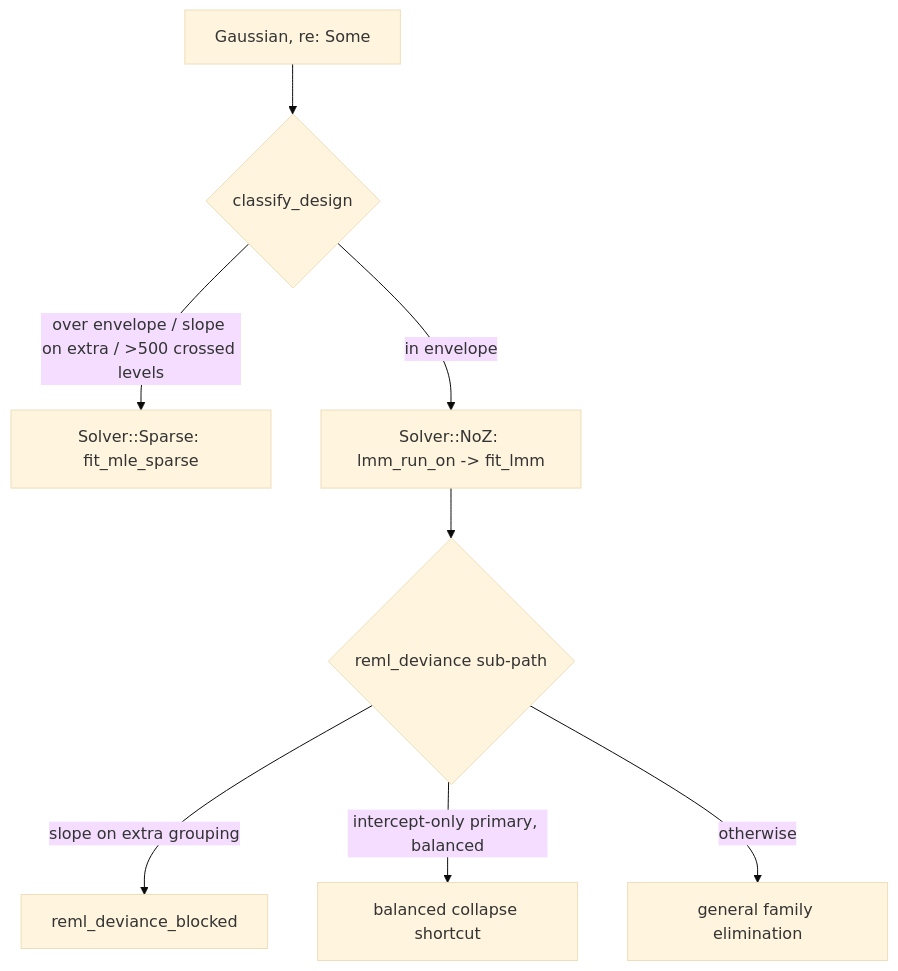
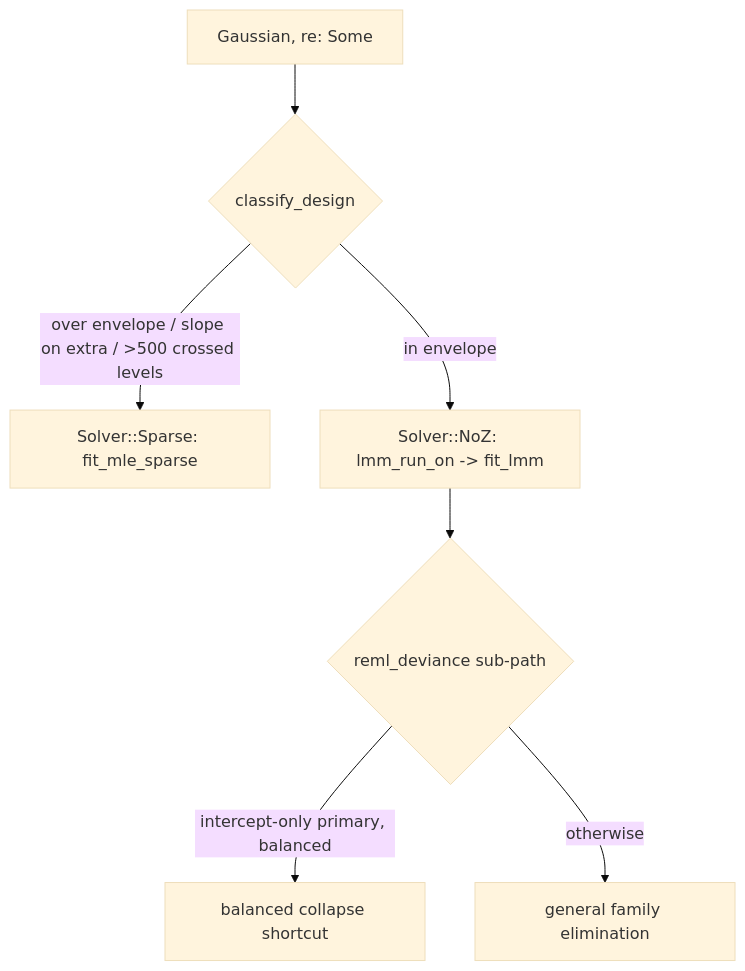
One commit to pawlenartowicz/glmm changed the diagram in documentation/algorithms-lmm.md. Above: the diagram before and after it, drawn with Mermaid (base theme). The commit also changed other lines of this file and 115 other files, not shown here.

````diff
--- a/documentation/algorithms-lmm.md
+++ b/documentation/algorithms-lmm.md
@@ -65,10 +67,9 @@
 ```mermaid
 flowchart TD
     A["Gaussian, re: Some"] --> B{"classify_design"}
     B -->|"over envelope / slope on extra / >500 crossed levels"| S["Solver::Sparse: fit_mle_sparse"]
     B -->|"in envelope"| N["Solver::NoZ: lmm_run_on -> fit_lmm"]
     N --> C{"reml_deviance sub-path"}
-    C -->|"slope on extra grouping"| BL["reml_deviance_blocked"]
     C -->|"intercept-only primary, balanced"| CO["balanced collapse shortcut"]
     C -->|"otherwise"| GP["general family elimination"]
 ```
````
